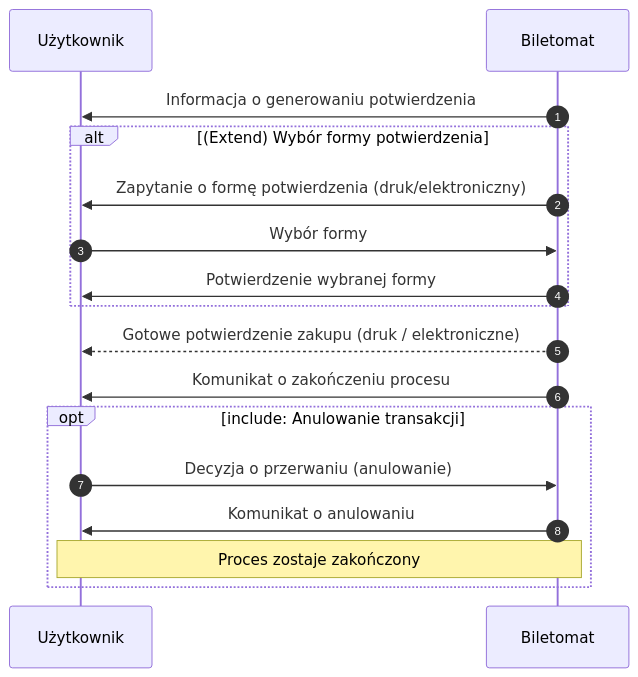
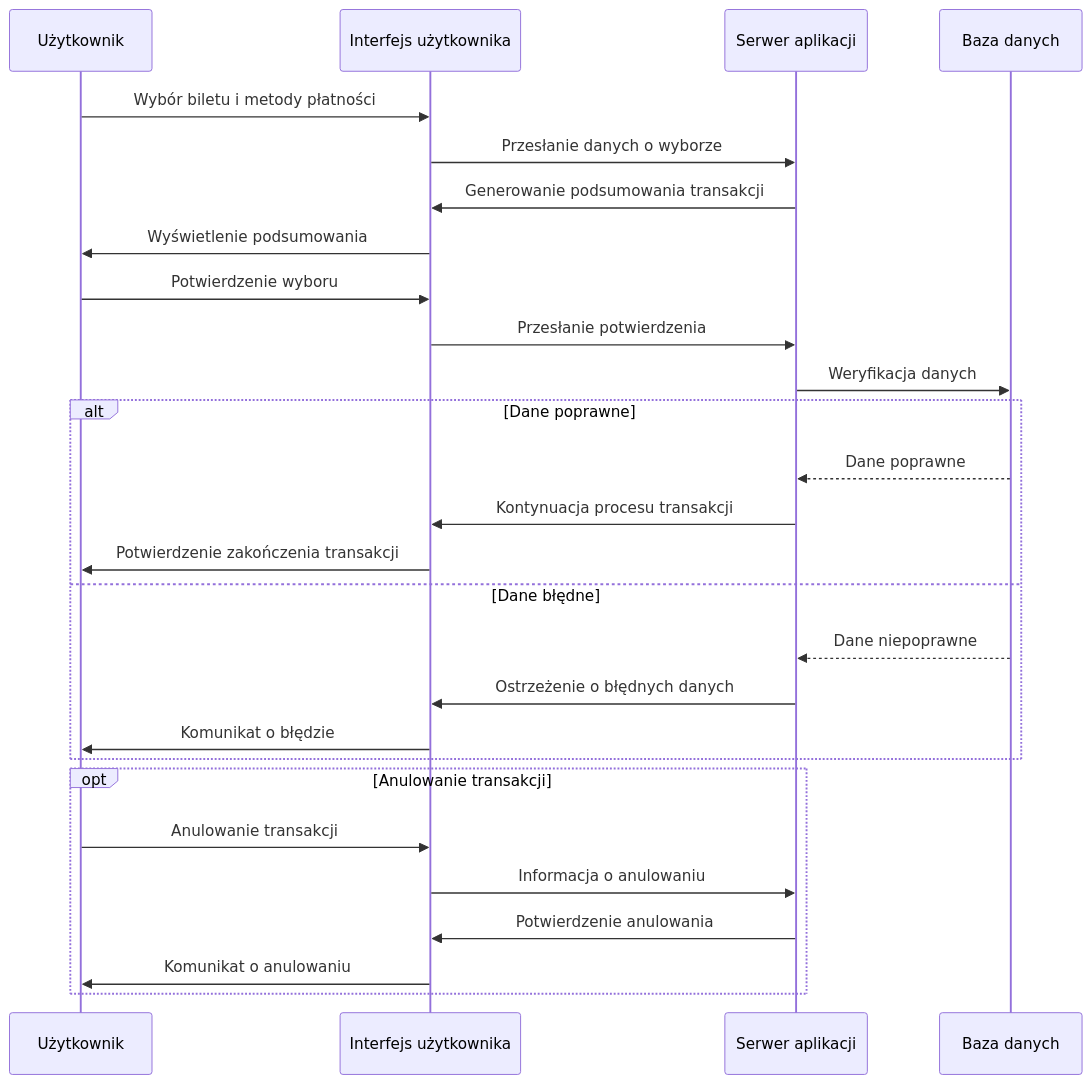
Before and after one commit to andrew967/MWO: the seventh of 7 diagrams in użytkownik.md, drawn with Mermaid.

````diff
--- a/użytkownik.md
+++ b/użytkownik.md
@@ -319,26 +315,30 @@
 ```mermaid
+sequenceDiagram
+    participant USER as Użytkownik
+    participant UI as Interfejs użytkownika
+    participant SERVER as Serwer aplikacji
+    participant DB as Baza danych
 
-sequenceDiagram
-    autonumber
-    participant U as Użytkownik
-    participant BT as Biletomat
-    BT->>U: Informacja o generowaniu potwierdzenia
-
-    alt (Extend) Wybór formy potwierdzenia
-        BT->>U: Zapytanie o formę potwierdzenia (druk/elektroniczny)
-        U->>BT: Wybór formy
-        BT->>U: Potwierdzenie wybranej formy
+    USER->>UI: Wybór biletu i metody płatności
+    UI->>SERVER: Przesłanie danych o wyborze
+    SERVER->>UI: Generowanie podsumowania transakcji
+    UI->>USER: Wyświetlenie podsumowania
+    USER->>UI: Potwierdzenie wyboru
+    UI->>SERVER: Przesłanie potwierdzenia
+    SERVER->>DB: Weryfikacja danych
+    alt Dane poprawne
+        DB-->>SERVER: Dane poprawne
+        SERVER->>UI: Kontynuacja procesu transakcji
+        UI->>USER: Potwierdzenie zakończenia transakcji
+    else Dane błędne
+        DB-->>SERVER: Dane niepoprawne
+        SERVER->>UI: Ostrzeżenie o błędnych danych
+        UI->>USER: Komunikat o błędzie
     end
-
-    %% Odebranie potwierdzenia
-    BT-->>U: Gotowe potwierdzenie zakupu (druk / elektroniczne)
-    BT->>U: Komunikat o zakończeniu procesu
-
-    %% Scenariusz Alternatywny - Anulowanie transakcji
-    opt include: Anulowanie transakcji
-        U->>BT: Decyzja o przerwaniu (anulowanie)
-        BT->>U: Komunikat o anulowaniu
-        note over U,BT: Proces zostaje zakończony
+    opt Anulowanie transakcji
+        USER->>UI: Anulowanie transakcji
+        UI->>SERVER: Informacja o anulowaniu
+        SERVER->>UI: Potwierdzenie anulowania
+        UI->>USER: Komunikat o anulowaniu
     end
-
 ```
````
